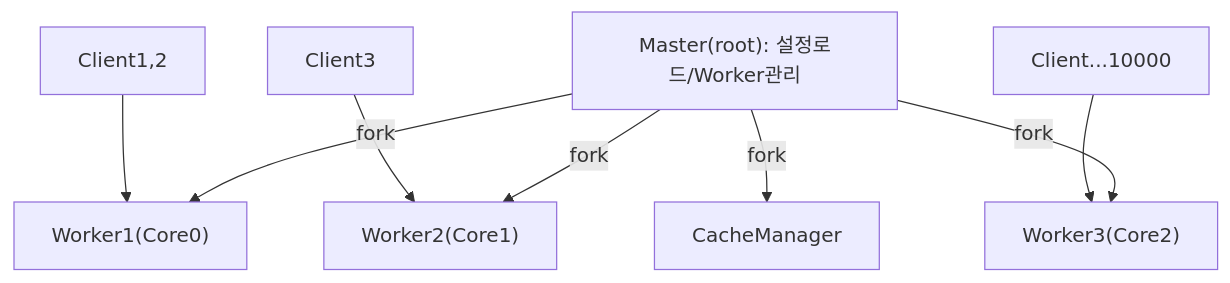
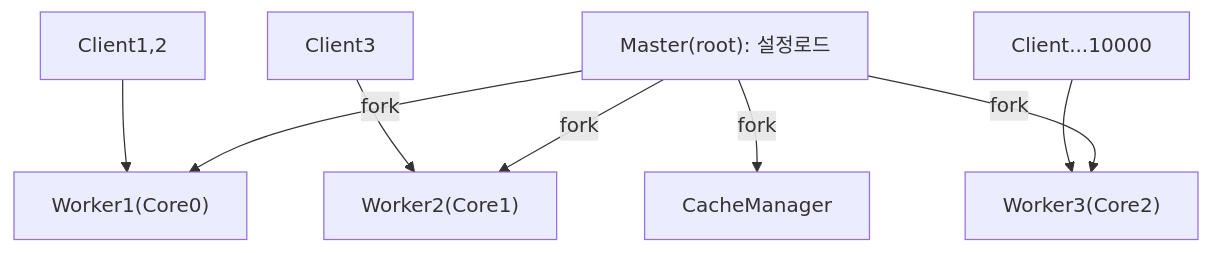
Before and after one commit to yjkim2015/yjkim2015.github.io: the fourth of 18 diagrams in _posts/server/2026-05-01-nginx.md, drawn with Mermaid. The commit also changed other lines of this file and 271 other files, not shown here.

First line of the commit message:
Mermaid 라벨 축소: 긴 노드 텍스트 18자 이하로 트림 + \n 제거

````diff
--- a/_posts/server/2026-05-01-nginx.md
+++ b/_posts/server/2026-05-01-nginx.md
@@ -97,12 +97,12 @@
 ```mermaid
 graph TD
-    M["Master(root): 설정로드/Worker관리"]
+    M["Master(root): 설정로드"]
     W1["Worker1(Core0)"]
     W2["Worker2(Core1)"]
     W3["Worker3(Core2)"]
     CP["CacheManager"]
     M -->|fork| W1 & W2 & W3 & CP
     C1["Client1,2"] --> W1
     C2["Client3"] --> W2
     C3["Client...10000"] --> W3
 ```
````
